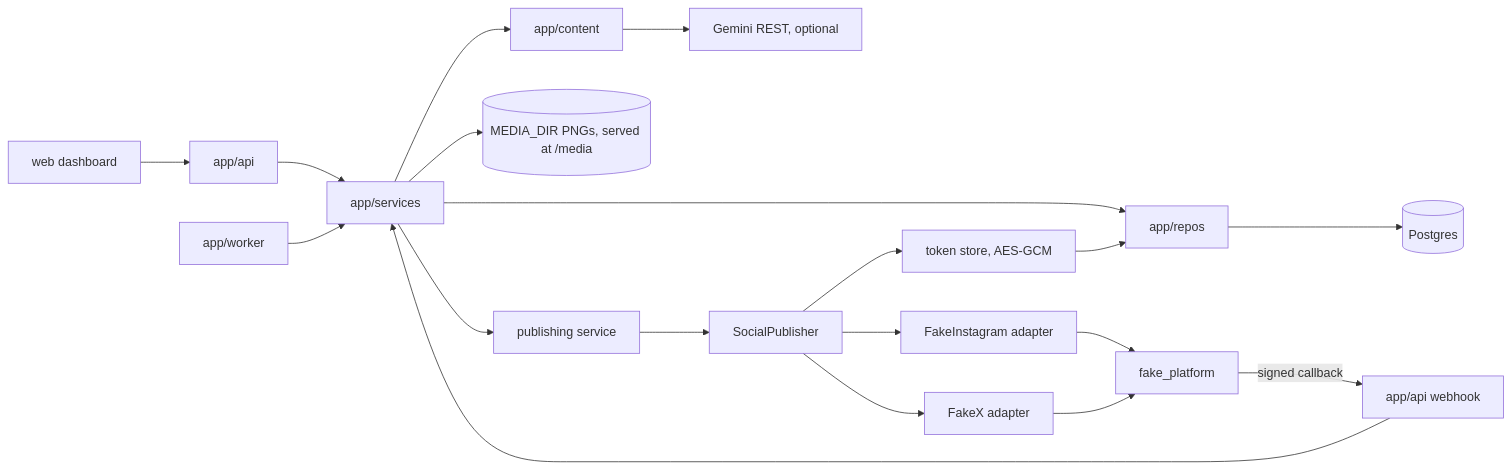
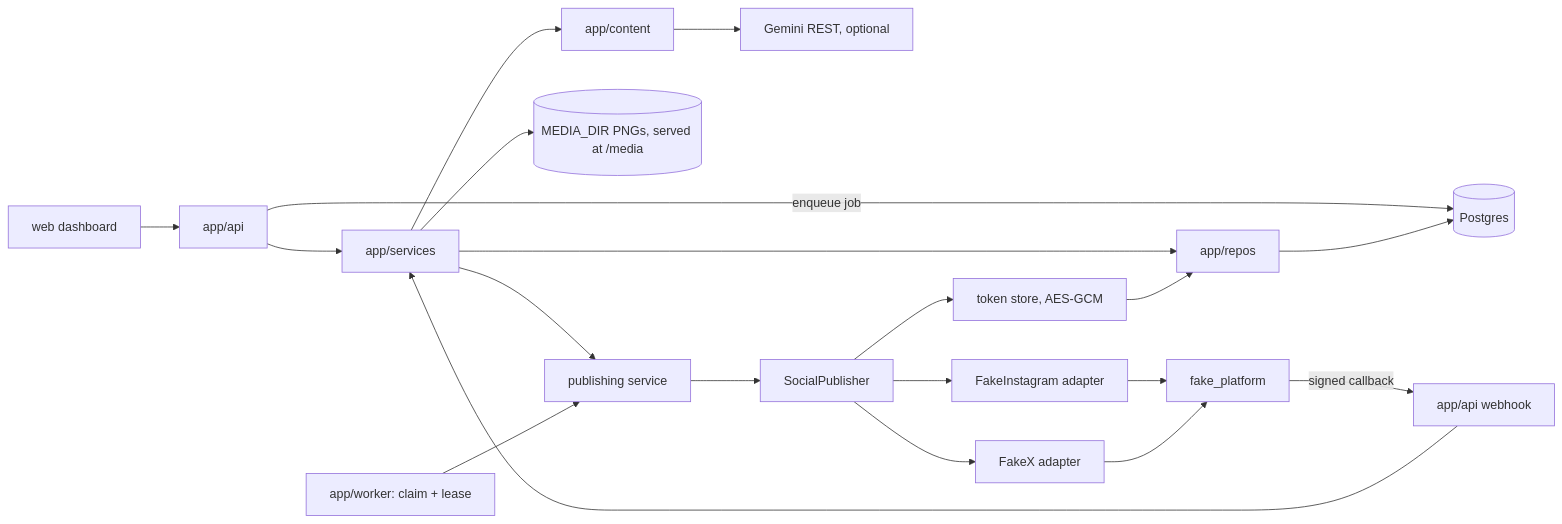
One commit to JuliusNoelMiranda18/SOCIALMEDIAMANAGER changed the diagram in vault/Architecture/System Map.md. Above: the diagram before and after it, drawn with Mermaid. The commit also changed 34 other files, not shown here.

````diff
--- a/vault/Architecture/System Map.md
+++ b/vault/Architecture/System Map.md
@@ -6,21 +6,22 @@
 ```mermaid
 flowchart LR
   API[app/api] --> SVC[app/services]
   SVC --> REPO[app/repos]
   SVC --> CONTENT[app/content]
   SVC --> MEDIA[(MEDIA_DIR PNGs, served at /media)]
   CONTENT --> LLM[Gemini REST, optional]
   SVC --> PUBSVC[publishing service]
   PUBSVC --> PUB[SocialPublisher]
   PUB --> TOK[token store, AES-GCM]
   TOK --> REPO
   PUB --> AIG[FakeInstagram adapter]
   PUB --> AX[FakeX adapter]
-  WORKER[app/worker] --> SVC
+  API -- enqueue job --> DB
+  WORKER[app/worker: claim + lease] --> PUBSVC
   AIG --> FAKE[fake_platform]
   AX --> FAKE
   FAKE -- signed callback --> HOOK[app/api webhook]
   HOOK --> SVC
   WEB[web dashboard] --> API
   REPO --> DB[(Postgres)]
 ```
````
